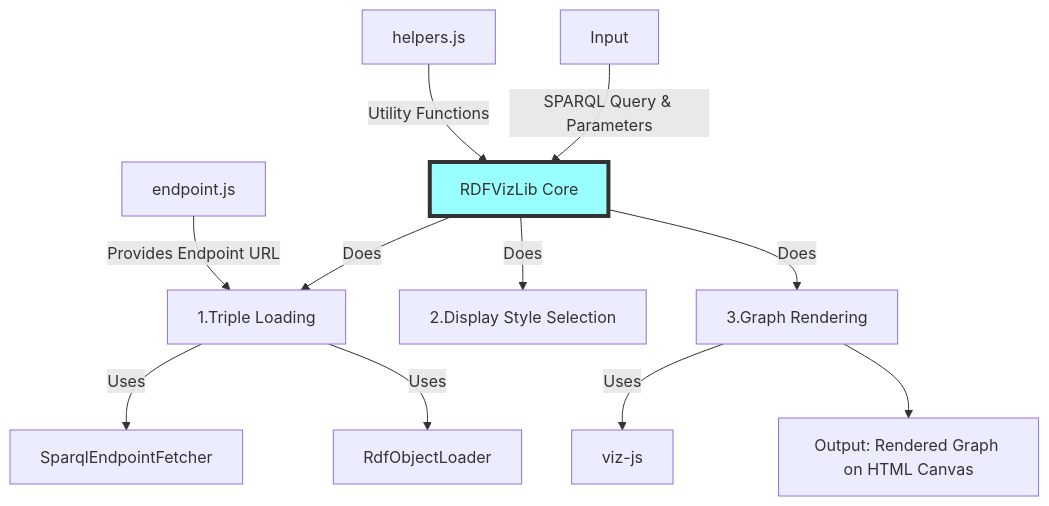
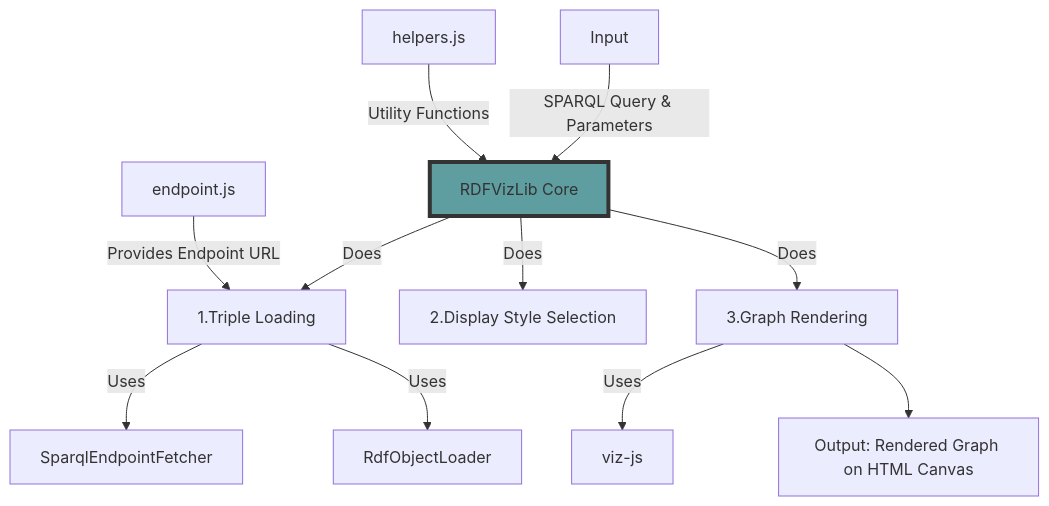
One commit to architolk/ldt-viz-client changed the diagram in Documentation/README.md. Above: the diagram before and after it, drawn with Mermaid.

Commit message:
changed architecture

````diff
--- a/Documentation/README.md
+++ b/Documentation/README.md
@@ -4,19 +4,19 @@
 ```mermaid
 graph TD
     A[Input] --> |SPARQL Query & Parameters| B[RDFVizLib Core]
     B --> |Does| C[1.Triple Loading]
     B --> |Does| D[2.Display Style Selection]
     B --> |Does| E[3.Graph Rendering]
     
     C --> |Uses| F[SparqlEndpointFetcher]
     C --> |Uses| G[RdfObjectLoader]
     
     E --> |Uses| H[viz-js]
     
     I[endpoint.js] --> |Provides Endpoint URL| C
     J[helpers.js] --> |Utility Functions| B
     
     E --> K[Output: Rendered Graph on HTML Canvas]
 
-    style B fill:#9ff,stroke:#333,stroke-width:4px
+    style B fill:#5f9ea0,stroke:#333,stroke-width:4px
 ```
````
